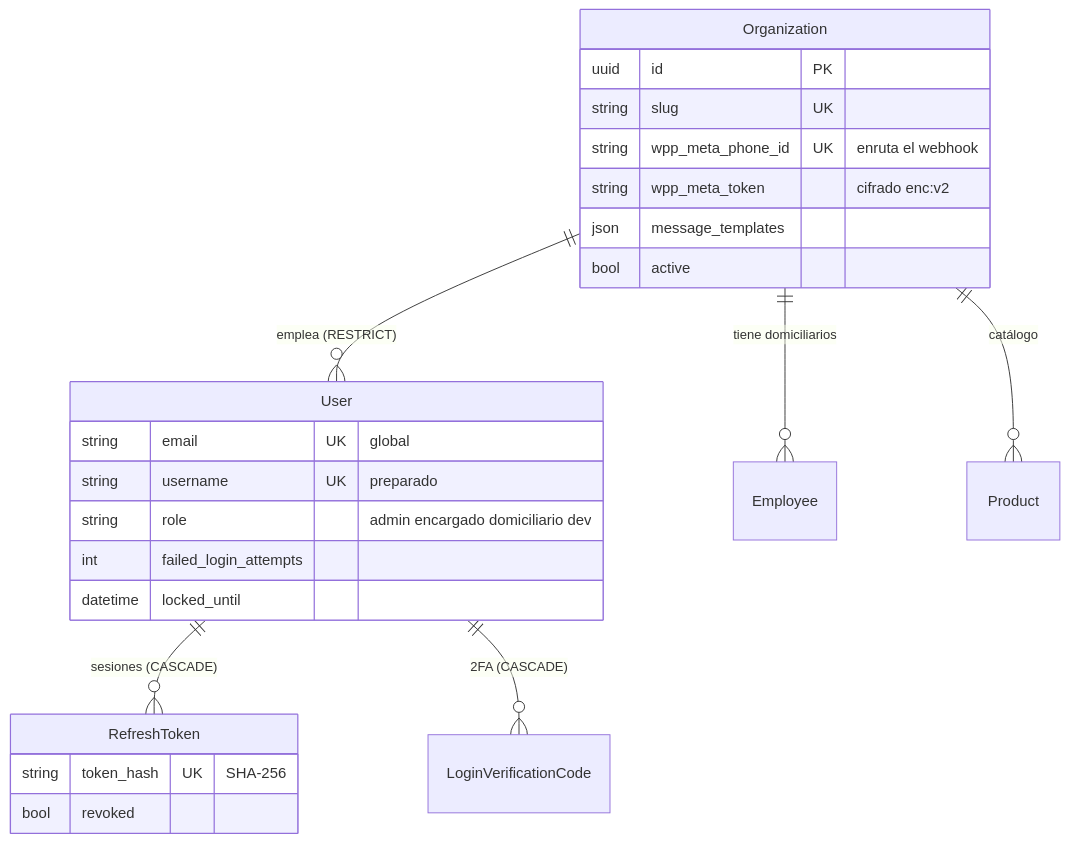
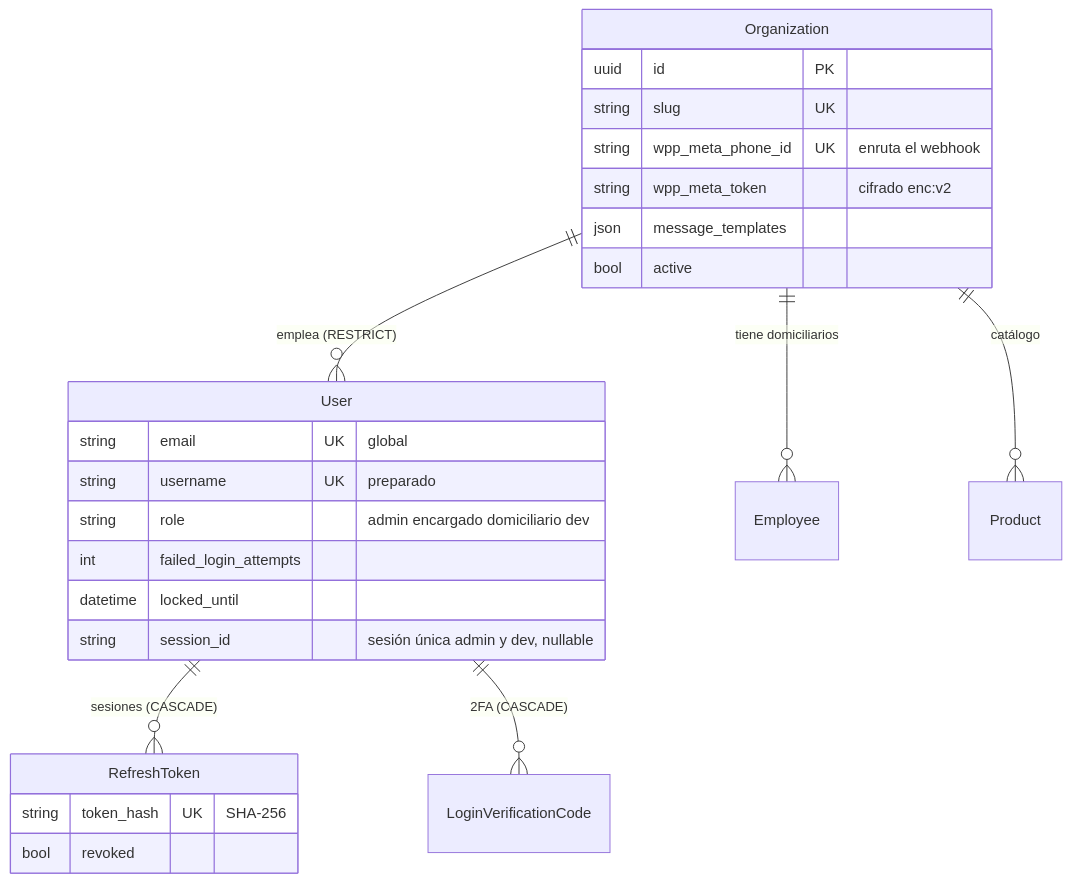
The first of 6 diagrams in specs/02-tecnico/modelo-de-datos.md (4Client-org/4client), drawn with Mermaid before and after one commit. The commit also changed other lines of this file and 33 other files, not shown here.

First line of the commit message:
feat: sesión única para administrador y dev (CH-0002, R-0025)

````diff
--- a/specs/02-tecnico/modelo-de-datos.md
+++ b/specs/02-tecnico/modelo-de-datos.md
@@ -21,27 +21,28 @@
 ```mermaid
 erDiagram
   Organization ||--o{ User : "emplea (RESTRICT)"
   Organization ||--o{ Employee : "tiene domiciliarios"
   Organization ||--o{ Product : "catálogo"
   User ||--o{ RefreshToken : "sesiones (CASCADE)"
   User ||--o{ LoginVerificationCode : "2FA (CASCADE)"
   Organization {
     uuid id PK
     string slug UK
     string wpp_meta_phone_id UK "enruta el webhook"
     string wpp_meta_token "cifrado enc:v2"
     json message_templates
     bool active
   }
   User {
     string email UK "global"
     string username UK "preparado"
     string role "admin encargado domiciliario dev"
     int failed_login_attempts
     datetime locked_until
+    string session_id "sesión única admin y dev, nullable"
   }
   RefreshToken {
     string token_hash UK "SHA-256"
     bool revoked
   }
 ```
````
